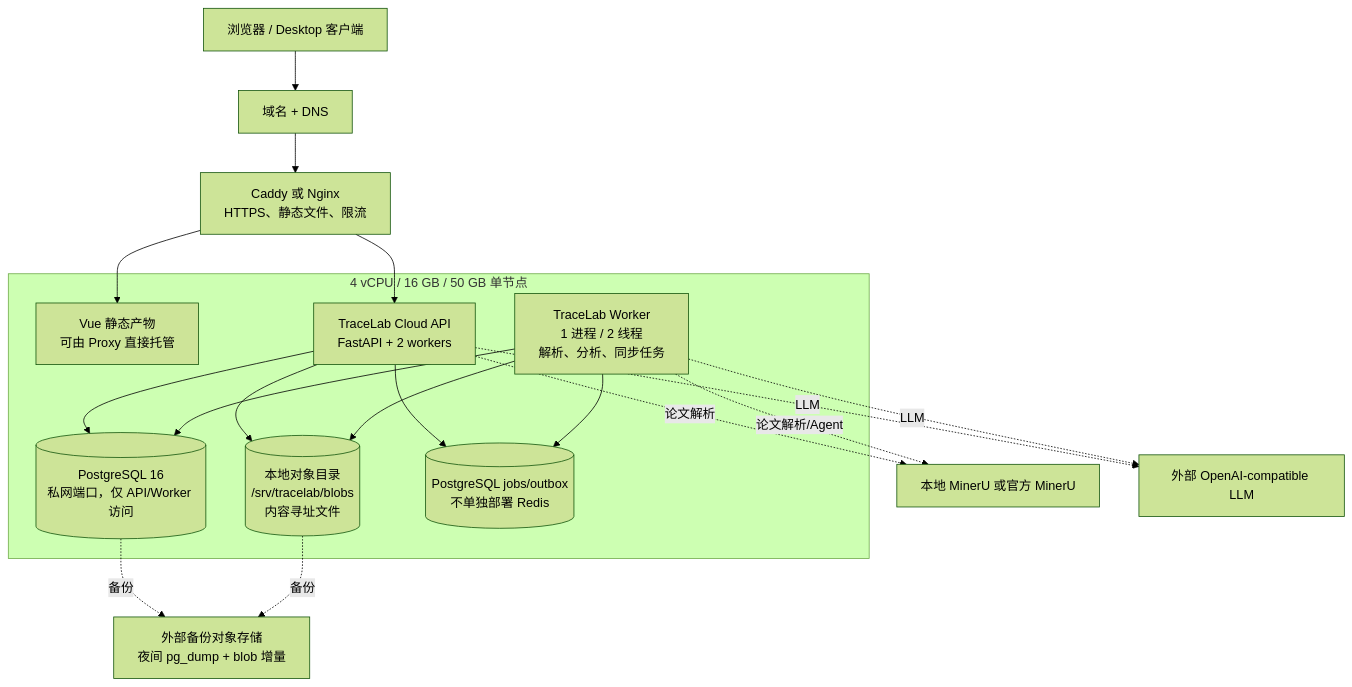
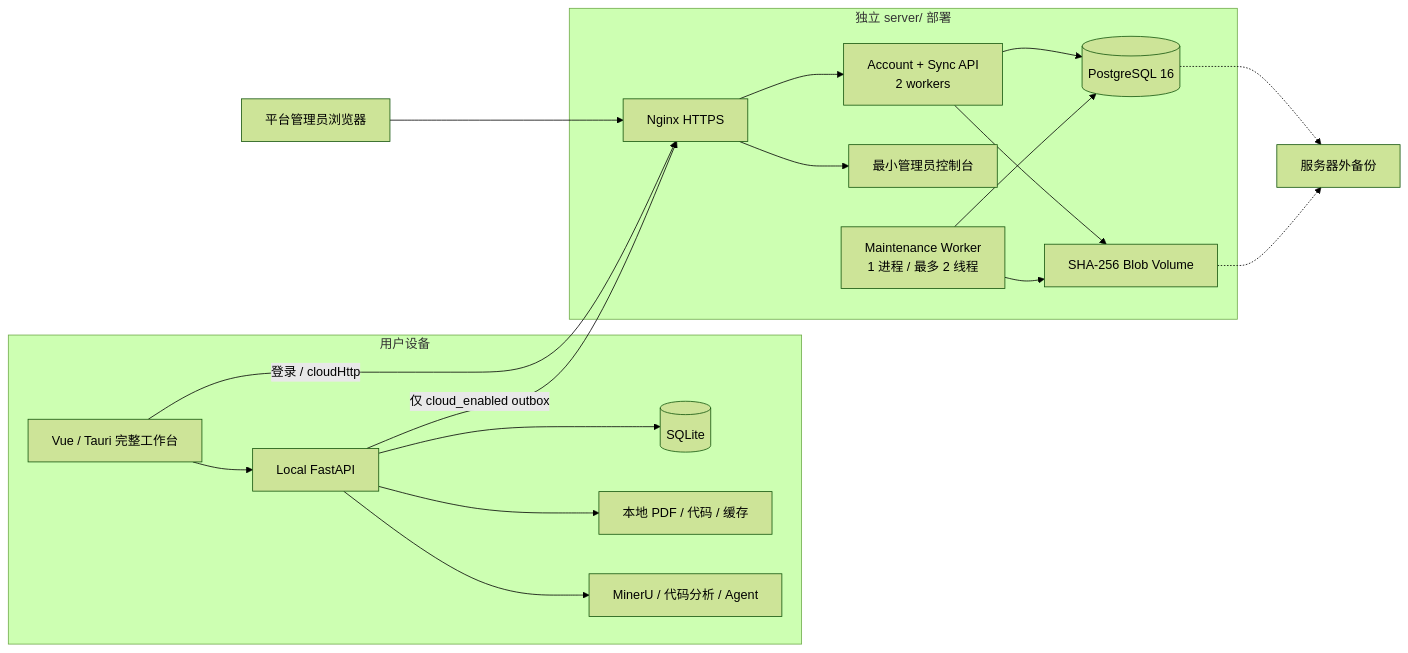
The diagram in docs/cloud-sync-architecture.md (1JI0O/SE26Project-15), drawn with Mermaid (forest theme) before and after one commit. The commit also changed other lines of this file and 119 other files, not shown here.

Commit message:
refactor: isolate standalone sync server

````diff
--- a/docs/cloud-sync-architecture.md
+++ b/docs/cloud-sync-architecture.md
@@ -24,35 +32,35 @@
 ```mermaid
-flowchart TB
-  Internet[浏览器 / Desktop 客户端]
-  DNS[域名 + DNS]
-  Proxy[Caddy 或 Nginx\nHTTPS、静态文件、限流]
-
-  subgraph Node[4 vCPU / 16 GB / 50 GB 单节点]
-    Web[Vue 静态产物\n可由 Proxy 直接托管]
-    API[TraceLab Cloud API\nFastAPI + 2 workers]
-    Worker[TraceLab Worker\n1 进程 / 2 线程\n解析、分析、同步任务]
-    DB[(PostgreSQL 16\n私网端口，仅 API/Worker 访问)]
-    Blob[(本地对象目录\n/srv/tracelab/blobs\n内容寻址文件)]
-    Jobs[(PostgreSQL jobs/outbox\n不单独部署 Redis)]
+flowchart LR
+  subgraph Device[用户设备]
+    UI["Vue / Tauri 完整工作台"]
+    LocalAPI["Local FastAPI"]
+    SQLite[("SQLite")]
+    LocalFiles["本地 PDF / 代码 / 缓存"]
+    LocalCompute["MinerU / 代码分析 / Agent"]
+    UI --> LocalAPI
+    LocalAPI --> SQLite
+    LocalAPI --> LocalFiles
+    LocalAPI --> LocalCompute
   end
 
-  Backup[外部备份对象存储\n夜间 pg_dump + blob 增量]
-  MinerU[本地 MinerU 或官方 MinerU]
-  LLM[外部 OpenAI-compatible LLM]
+  subgraph Server["独立 server/ 部署"]
+    Proxy["Nginx HTTPS"]
+    API["Account + Sync API\n2 workers"]
+    Admin["最小管理员控制台"]
+    Worker["Maintenance Worker\n1 进程 / 最多 2 线程"]
+    PG[("PostgreSQL 16")]
+    Blob["SHA-256 Blob Volume"]
+    Proxy --> API
+    Proxy --> Admin
+    API --> PG
+    API --> Blob
+    Worker --> PG
+    Worker --> Blob
+  end
 
-  Internet --> DNS --> Proxy
-  Proxy --> Web
-  Proxy --> API
-  API --> DB
-  API --> Blob
-  API --> Jobs
-  Worker --> DB
-  Worker --> Blob
-  Worker --> Jobs
-  API -.论文解析.-> MinerU
-  Worker -.论文解析/Agent.-> MinerU
-  API -.LLM.-> LLM
-  Worker -.LLM.-> LLM
-  DB -.备份.-> Backup
-  Blob -.备份.-> Backup
+  UI -->|"登录 / cloudHttp"| Proxy
+  LocalAPI -->|"仅 cloud_enabled outbox"| Proxy
+  AdminUser["平台管理员浏览器"] --> Proxy
+  PG -.-> ExternalBackup["服务器外备份"]
+  Blob -.-> ExternalBackup
 ```
````
